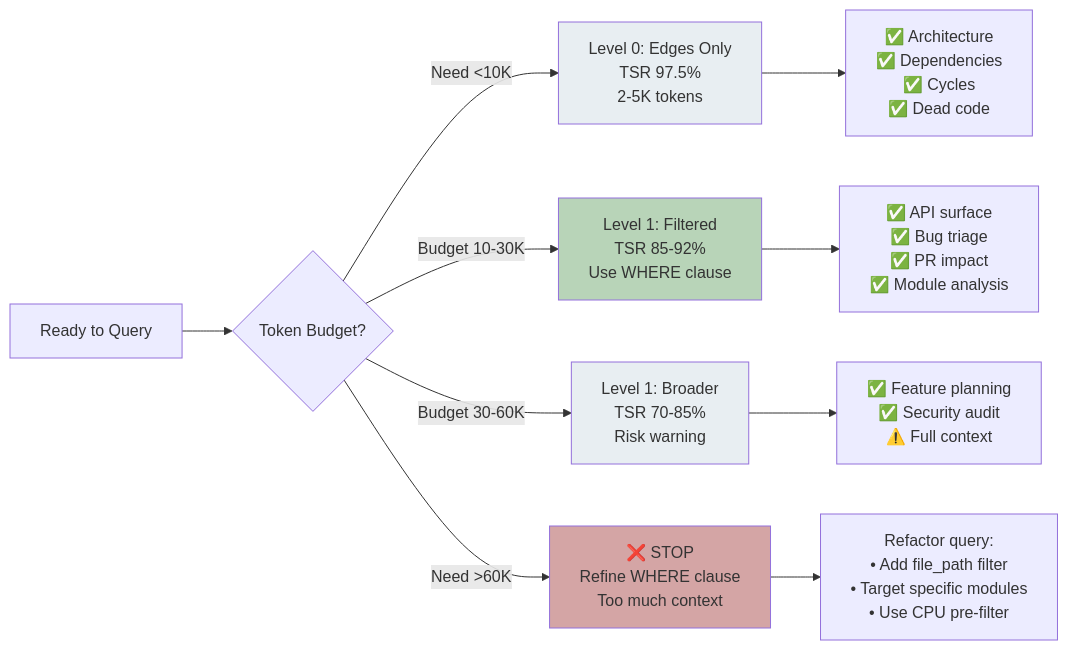
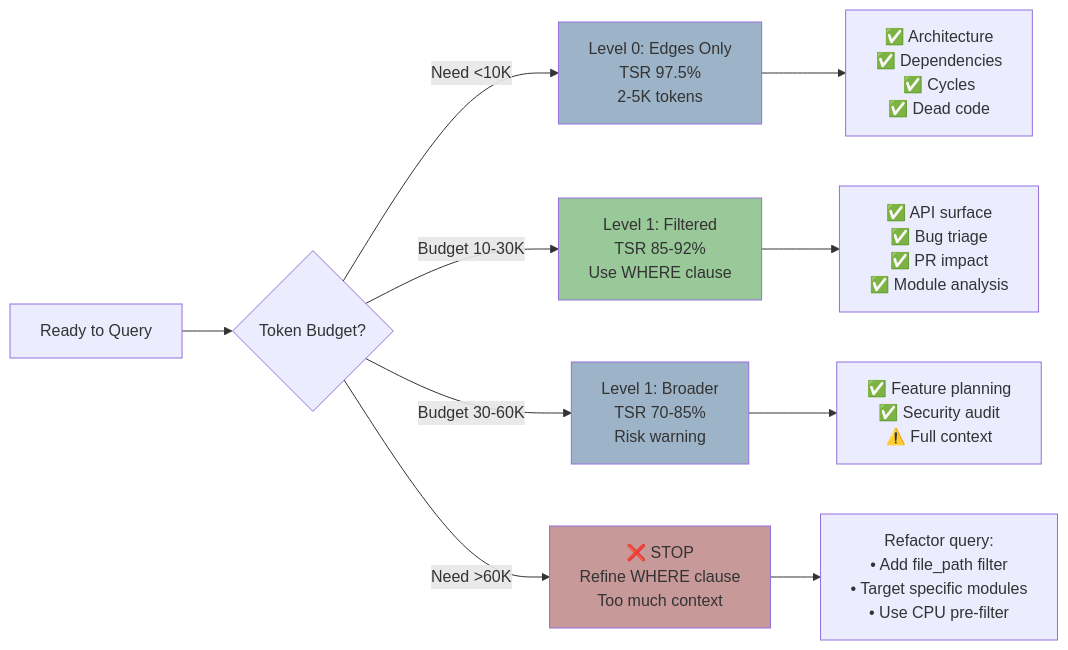
One commit to that-in-rust/parseltongue changed the second of 8 diagrams in .claude/parseltongue-ultrathink.md. Above: the diagram before and after it, drawn with Mermaid. The commit also changed other lines of this file, not shown here.

````diff
--- a/.claude/parseltongue-ultrathink.md
+++ b/.claude/parseltongue-ultrathink.md
@@ -123,19 +123,19 @@
   ```mermaid
   flowchart LR
       START[Ready to Query] --> Q1{Token Budget?}
 
       Q1 -->|Need <10K| L0[Level 0: Edges Only<br/>TSR 97.5%<br/>2-5K tokens]
       Q1 -->|Budget 10-30K| L1[Level 1: Filtered<br/>TSR 85-92%<br/>Use WHERE clause]
       Q1 -->|Budget 30-60K| L2[Level 1: Broader<br/>TSR 70-85%<br/>Risk warning]
       Q1 -->|Need >60K| STOP[❌ STOP<br/>Refine WHERE clause<br/>Too much context]
 
       L0 --> USE1[✅ Architecture<br/>✅ Dependencies<br/>✅ Cycles<br/>✅ Dead code]
       L1 --> USE2[✅ API surface<br/>✅ Bug triage<br/>✅ PR impact<br/>✅ Module analysis]
       L2 --> USE3[✅ Feature planning<br/>✅ Security audit<br/>⚠️ Full context]
       STOP --> FIX[Refactor query:<br/>• Add file_path filter<br/>• Target specific modules<br/>• Use CPU pre-filter]
 
-      style L0 fill:#E8EEF2
-      style L1 fill:#B8D4B8
-      style L2 fill:#E8EEF2
-      style STOP fill:#D4A5A5
+      style L0 fill:#9DB4C8
+      style L1 fill:#99C899
+      style L2 fill:#9DB4C8
+      style STOP fill:#C89999
   ```
````
